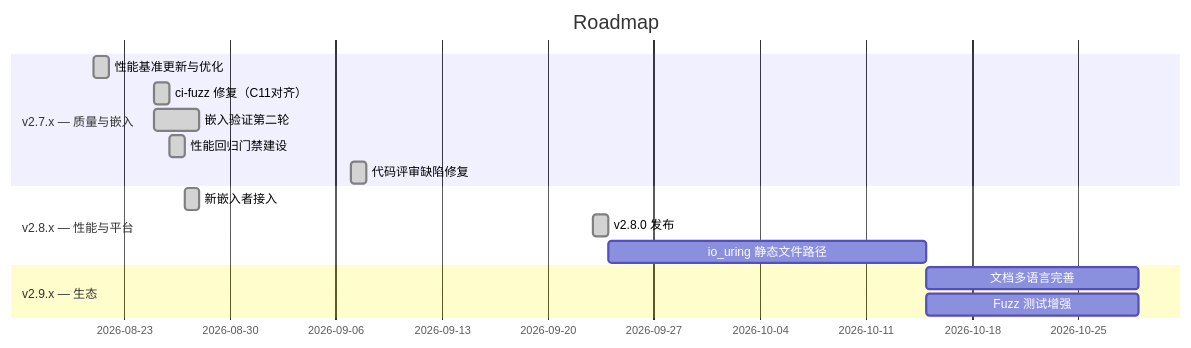
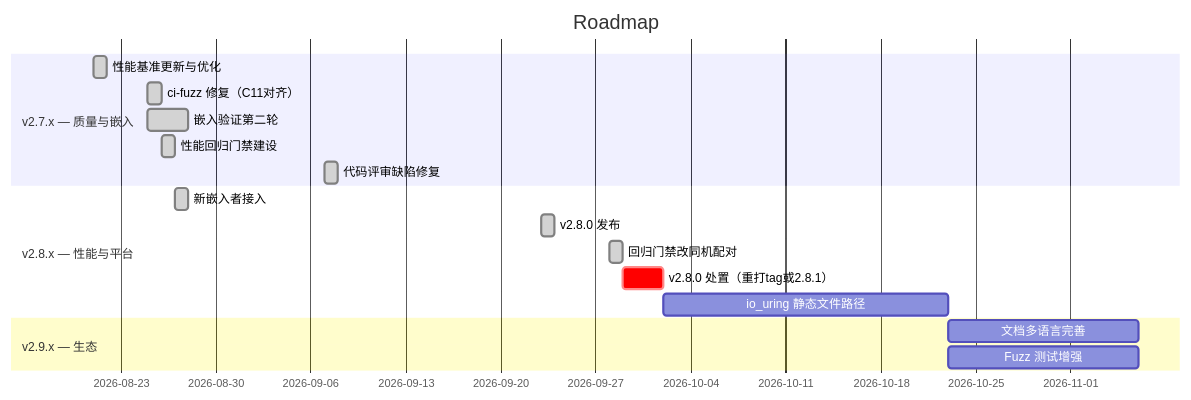
One commit to adam-ikari/uvhttp changed the diagram in brain/roadmap.md. Above: the diagram before and after it, drawn with Mermaid. The commit also changed other lines of this file and 12 other files, not shown here.

````diff
--- a/brain/roadmap.md
+++ b/brain/roadmap.md
@@ -12,18 +12,20 @@
 ```mermaid
 gantt
   title Roadmap
   dateFormat YYYY-MM-DD
   section v2.7.x — 质量与嵌入
   性能基准更新与优化        :done, b1, 2026-08-21, 1d
   ci-fuzz 修复（C11对齐）  :done, b1b, 2026-08-25, 1d
   嵌入验证第二轮            :done, a3, 2026-08-25, 3d
   性能回归门禁建设          :done, b0, 2026-08-26, 1d
   代码评审缺陷修复          :done, b5, 2026-09-07, 1d
   section v2.8.x — 性能与平台
   新嵌入者接入              :done, a4, 2026-08-27, 1d
   v2.8.0 发布               :done, b6, 2026-09-23, 1d
-  io_uring 静态文件路径     :b2, after b6, 21d
+  回归门禁改同机配对        :done, b7, 2026-09-28, 1d
+  v2.8.0 处置（重打tag或2.8.1）:crit, b8, 2026-09-29, 3d
+  io_uring 静态文件路径     :b2, after b8, 21d
   section v2.9.x — 生态
   文档多语言完善            :c1, after b2, 14d
   Fuzz 测试增强            :c4, after b2, 14d
 ```
````
